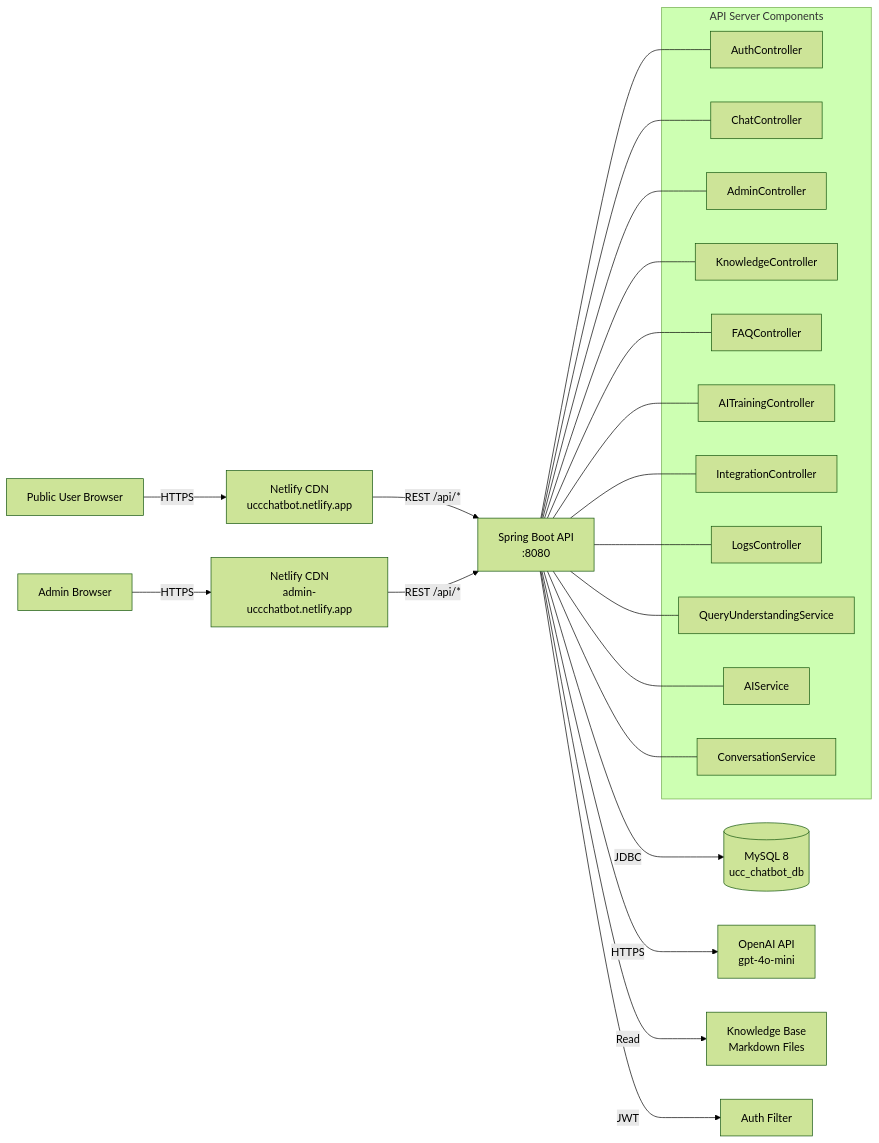
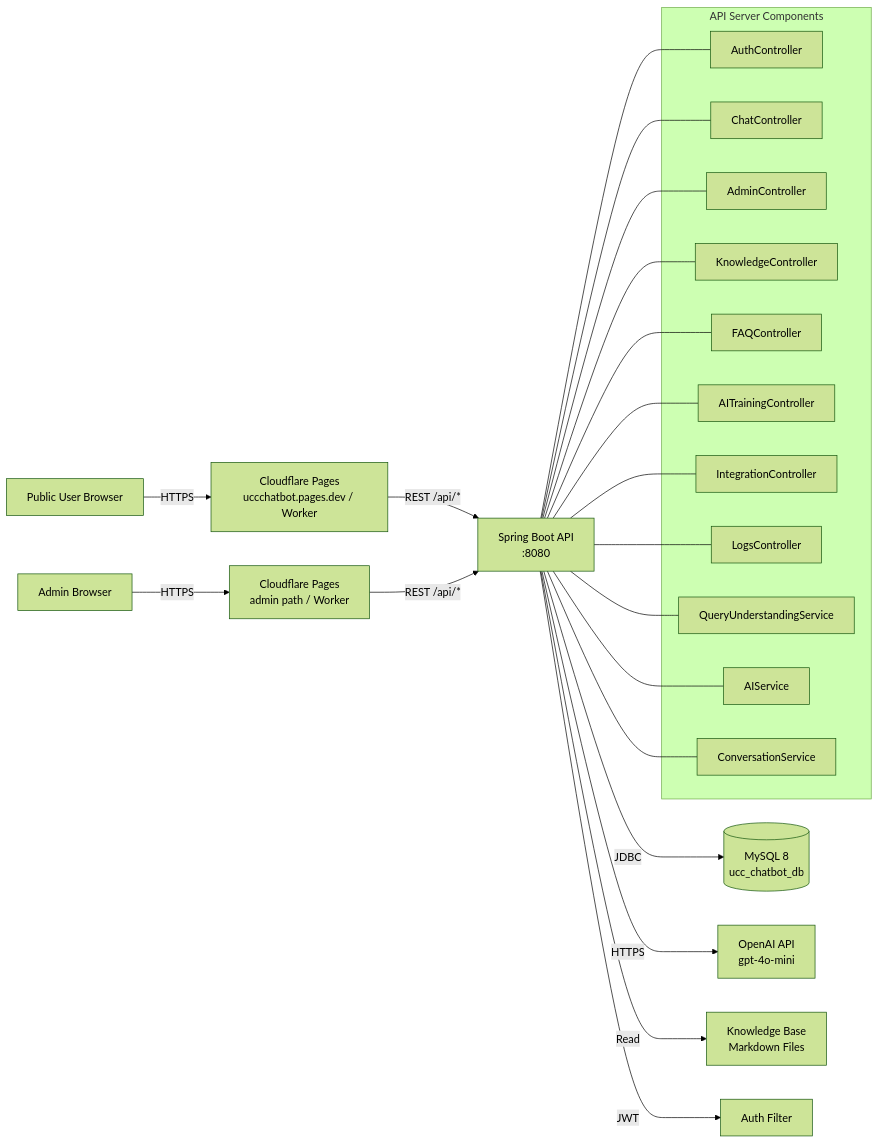
The third of 3 diagrams in docs/PROJECT_REPORT.md (BlackstoneTech-arch/ucc-chatbot-assistant), drawn with Mermaid (forest theme) before and after one commit. The commit also changed other lines of this file and 30 other files, not shown here.

Commit message:
Migrate from Netlify to Cloudflare; fix admin auth and tests

````diff
--- a/docs/PROJECT_REPORT.md
+++ b/docs/PROJECT_REPORT.md
@@ -418,40 +418,40 @@
 ```mermaid
 graph LR
-    A[Public User Browser] -->|HTTPS| B[Netlify CDN<br/>uccchatbot.netlify.app]
-    C[Admin Browser] -->|HTTPS| D[Netlify CDN<br/>admin-uccchatbot.netlify.app]
+    A[Public User Browser] -->|HTTPS| B[Cloudflare Pages<br/>uccchatbot.pages.dev / Worker]
+    C[Admin Browser] -->|HTTPS| D[Cloudflare Pages<br/>admin path / Worker]
 
     B -->|REST /api/*| E[Spring Boot API<br/>:8080]
     D -->|REST /api/*| E
 
     E -->|JDBC| F[(MySQL 8<br/>ucc_chatbot_db)]
     E -->|HTTPS| G[OpenAI API<br/>gpt-4o-mini]
 
     E -->|Read| H[Knowledge Base<br/>Markdown Files]
     E -->|JWT| I[Auth Filter]
 
     subgraph "API Server Components"
         E1[AuthController]
         E2[ChatController]
         E3[AdminController]
         E4[KnowledgeController]
         E5[FAQController]
         E6[AITrainingController]
         E7[IntegrationController]
         E8[LogsController]
         E9[QueryUnderstandingService]
         E10[AIService]
         E11[ConversationService]
     end
 
     E --- E1
     E --- E2
     E --- E3
     E --- E4
     E --- E5
     E --- E6
     E --- E7
     E --- E8
     E --- E9
     E --- E10
     E --- E11
 ```
````
